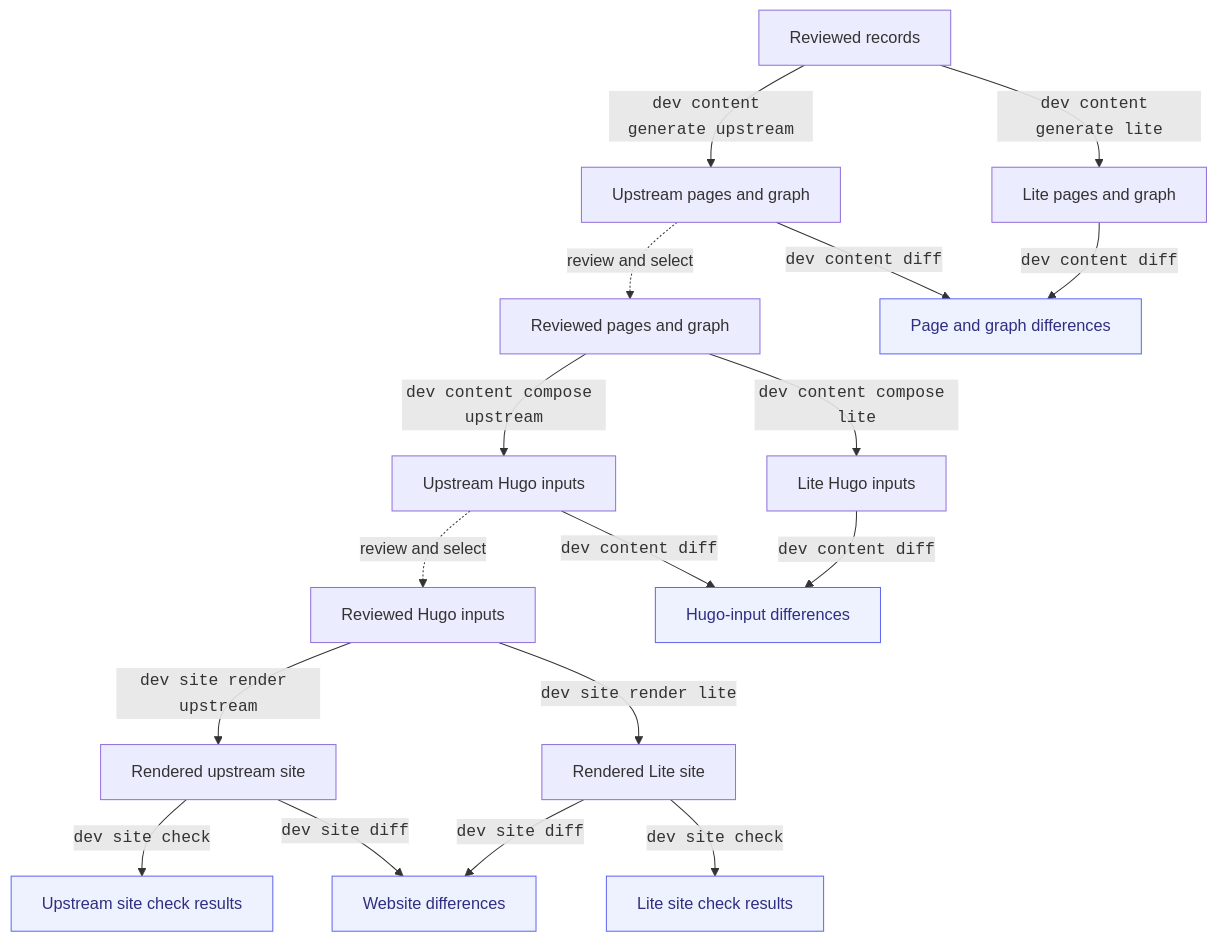
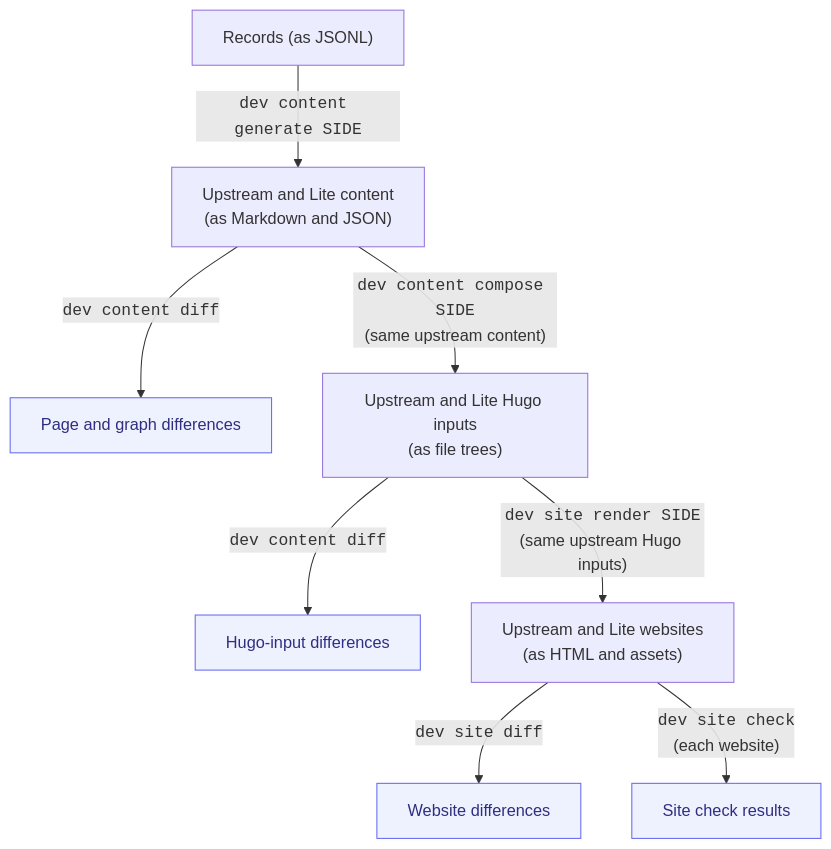
The second of 2 diagrams in docs/agents/staged-upstream-validation.md (ORINOCO-Lite/orinoco-lite-dev), drawn with Mermaid before and after one commit. The commit also changed other lines of this file, not shown here.

First line of the commit message:
docs: simplify validation data flow diagrams

````diff
--- a/docs/agents/staged-upstream-validation.md
+++ b/docs/agents/staged-upstream-validation.md
@@ -65,22 +74,11 @@
 ```mermaid
 flowchart TB
-  records["Reviewed records"] -->|"<code>dev content generate upstream</code>"| uppages["Upstream pages and graph"]
-  records -->|"<code>dev content generate lite</code>"| litepages["Lite pages and graph"]
-  uppages -.->|review and select| pages["Reviewed pages and graph"]
-  uppages -->|"<code>dev content diff</code>"| pagediff["Page and graph differences"]:::report
-  litepages -->|"<code>dev content diff</code>"| pagediff
-
-  pages -->|"<code>dev content compose upstream</code>"| upassembly["Upstream Hugo inputs"]
-  pages -->|"<code>dev content compose lite</code>"| liteassembly["Lite Hugo inputs"]
-  upassembly -.->|review and select| assembly["Reviewed Hugo inputs"]
-  upassembly -->|"<code>dev content diff</code>"| assemblydiff["Hugo-input differences"]:::report
-  liteassembly -->|"<code>dev content diff</code>"| assemblydiff
-
-  assembly -->|"<code>dev site render upstream</code>"| upsite["Rendered upstream site"]
-  assembly -->|"<code>dev site render lite</code>"| litesite["Rendered Lite site"]
-  upsite -->|"<code>dev site check</code>"| upchecks["Upstream site check results"]:::report
-  upsite -->|"<code>dev site diff</code>"| sitediff["Website differences"]:::report
-  litesite -->|"<code>dev site diff</code>"| sitediff
-  litesite -->|"<code>dev site check</code>"| litechecks["Lite site check results"]:::report
+  records["Records (as JSONL)"] -->|"<code>dev content generate SIDE</code>"| content["Upstream and Lite content<br/>(as Markdown and JSON)"]
+  content -->|"<code>dev content diff</code>"| contentdiff["Page and graph differences"]:::report
+  content -->|"<code>dev content compose SIDE</code><br/>(same upstream content)"| assembly["Upstream and Lite Hugo inputs<br/>(as file trees)"]
+  assembly -->|"<code>dev content diff</code>"| assemblydiff["Hugo-input differences"]:::report
+  assembly -->|"<code>dev site render SIDE</code><br/>(same upstream Hugo inputs)"| site["Upstream and Lite websites<br/>(as HTML and assets)"]
+  site -->|"<code>dev site diff</code>"| sitediff["Website differences"]:::report
+  site -->|"<code>dev site check</code><br/>(each website)"| checks["Site check results"]:::report
   classDef report fill:#eef2ff,stroke:#6366f1,color:#312e81
 ```
````
